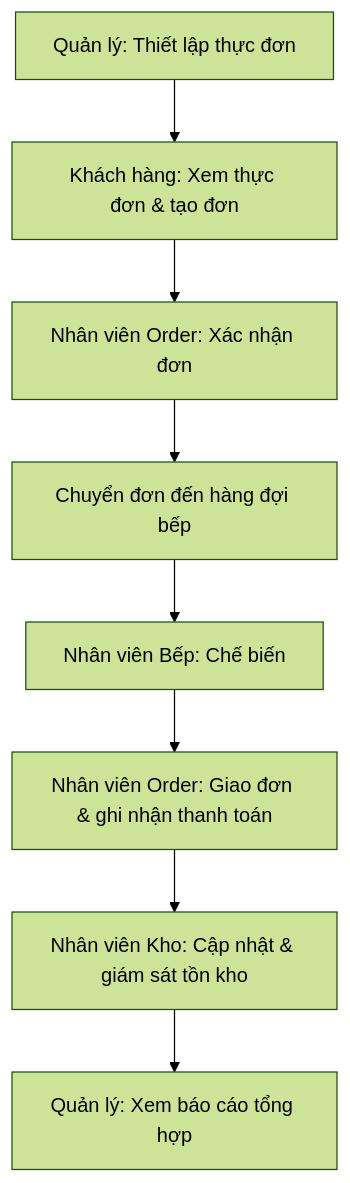
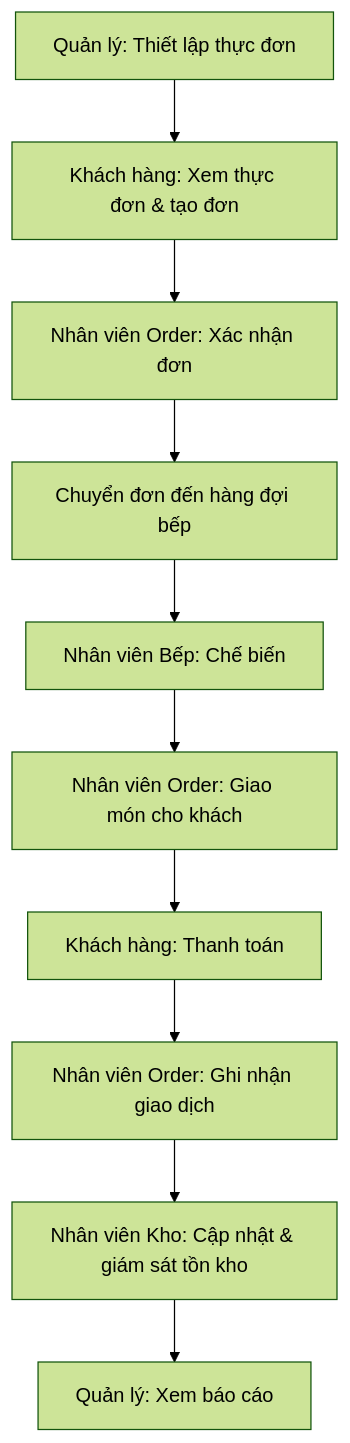
One commit to NTMHuy/ResMan changed the diagram in README.md. Above: the diagram before and after it, drawn with Mermaid (forest theme). The commit also changed other lines of this file, not shown here.

````diff
--- a/README.md
+++ b/README.md
@@ -71,10 +60,12 @@
 ```mermaid
 flowchart TD
     A[Quản lý: Thiết lập thực đơn] --> B[Khách hàng: Xem thực đơn & tạo đơn]
     B --> C[Nhân viên Order: Xác nhận đơn]
     C --> D[Chuyển đơn đến hàng đợi bếp]
     D --> E[Nhân viên Bếp: Chế biến]
-    E --> F[Nhân viên Order: Giao đơn & ghi nhận thanh toán]
-    F --> G[Nhân viên Kho: Cập nhật & giám sát tồn kho]
-    G --> H[Quản lý: Xem báo cáo tổng hợp]
+    E --> F[Nhân viên Order: Giao món cho khách]
+    F --> G[Khách hàng: Thanh toán]
+    G --> H[Nhân viên Order: Ghi nhận giao dịch]
+    H --> I[Nhân viên Kho: Cập nhật & giám sát tồn kho]
+    I --> J[Quản lý: Xem báo cáo]
 ```
````
